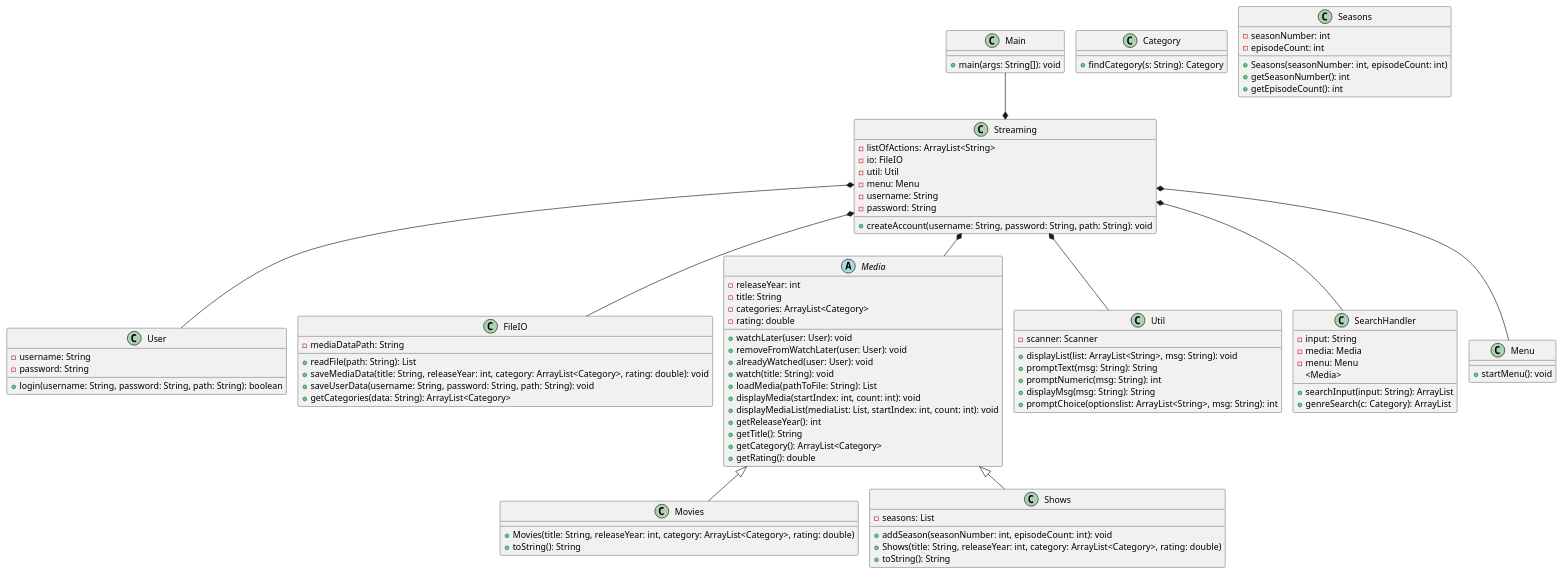
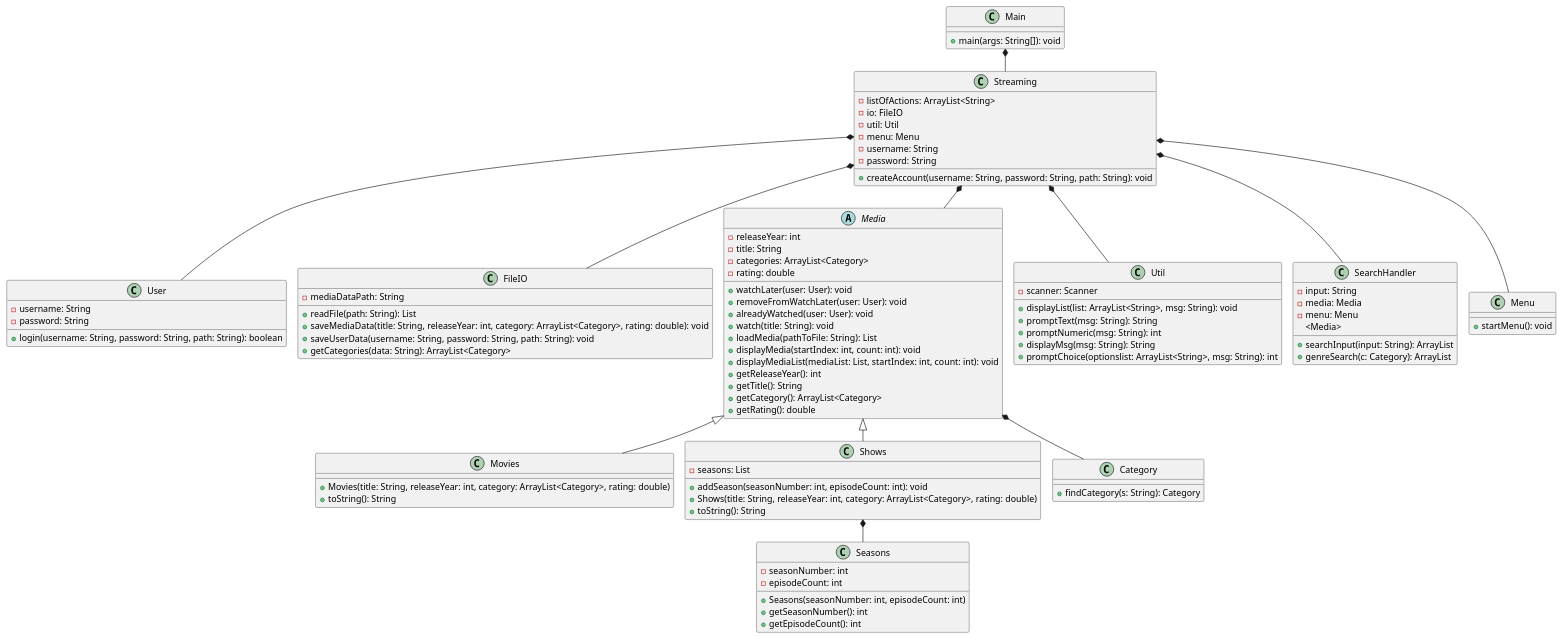
The diagram in Docs/ClassDiagram.puml (ValdemarLarsen02/SP3GruppeD), drawn with PlantUML before and after one commit.

```diff
--- a/Docs/ClassDiagram.puml
+++ b/Docs/ClassDiagram.puml
@@ -1,109 +1,111 @@
 @startuml
 !pragma layout smetana
 
 class User {
     - username: String
     - password: String
     + login(username: String, password: String, path: String): boolean
 }
 
 class FileIO {
     - mediaDataPath: String
     + readFile(path: String): List
     + saveMediaData(title: String, releaseYear: int, category: ArrayList<Category>, rating: double): void
     + saveUserData(username: String, password: String, path: String): void
     + getCategories(data: String): ArrayList<Category>
 }
 
 abstract class Media {
     - releaseYear: int
     - title: String
     - categories: ArrayList<Category>
     - rating: double
     + watchLater(user: User): void
     + removeFromWatchLater(user: User): void
     + alreadyWatched(user: User): void
     + watch(title: String): void
     + loadMedia(pathToFile: String): List
     + displayMedia(startIndex: int, count: int): void
     + displayMediaList(mediaList: List, startIndex: int, count: int): void
     + getReleaseYear(): int
     + getTitle(): String
     + getCategory(): ArrayList<Category>
     + getRating(): double
 }
 
 class Movies {
     + Movies(title: String, releaseYear: int, category: ArrayList<Category>, rating: double)
     + toString(): String
 }
 
 class Shows {
     - seasons: List
     + addSeason(seasonNumber: int, episodeCount: int): void
     + Shows(title: String, releaseYear: int, category: ArrayList<Category>, rating: double)
     + toString(): String
 }
 
 class Category {
 
     + findCategory(s: String): Category
 }
 
 class Util {
     - scanner: Scanner
     + displayList(list: ArrayList<String>, msg: String): void
     + promptText(msg: String): String
     + promptNumeric(msg: String): int
     + displayMsg(msg: String): String
     + promptChoice(optionslist: ArrayList<String>, msg: String): int
 }
 
 class SearchHandler {
     - input: String
     - media: Media
     - menu: Menu
     + searchInput(input: String): ArrayList
     <Media>
     + genreSearch(c: Category): ArrayList
 }
 
 class Streaming {
     - listOfActions: ArrayList<String>
     - io: FileIO
     - util: Util
     - menu: Menu
     - username: String
     - password: String
     + createAccount(username: String, password: String, path: String): void
 }
 
 class Seasons {
     - seasonNumber: int
     - episodeCount: int
     + Seasons(seasonNumber: int, episodeCount: int)
     + getSeasonNumber(): int
     + getEpisodeCount(): int
 }
 
 class Main {
     + main(args: String[]): void
 }
 
 class Menu {
     + startMenu(): void
 }
 
-Main --* Streaming
+Main *-- Streaming
 Streaming *-- User
 Streaming *-- FileIO
 Streaming *-- Menu
 Streaming *-- Media
 Media <|-- Movies
 Media <|-- Shows
+Media *-- Category
+Shows *-- Seasons
 Streaming *-- SearchHandler
 Streaming *-- Util
 
 
 
 @enduml
```
